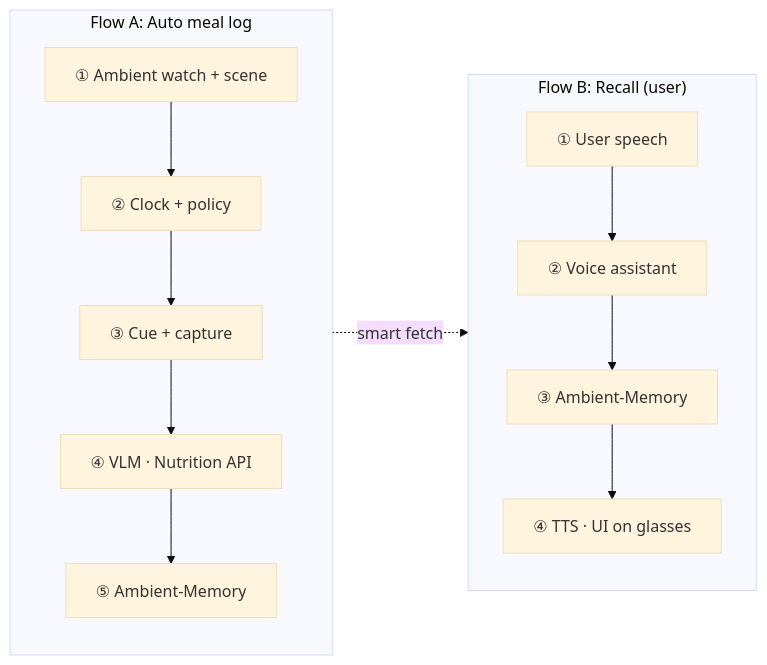
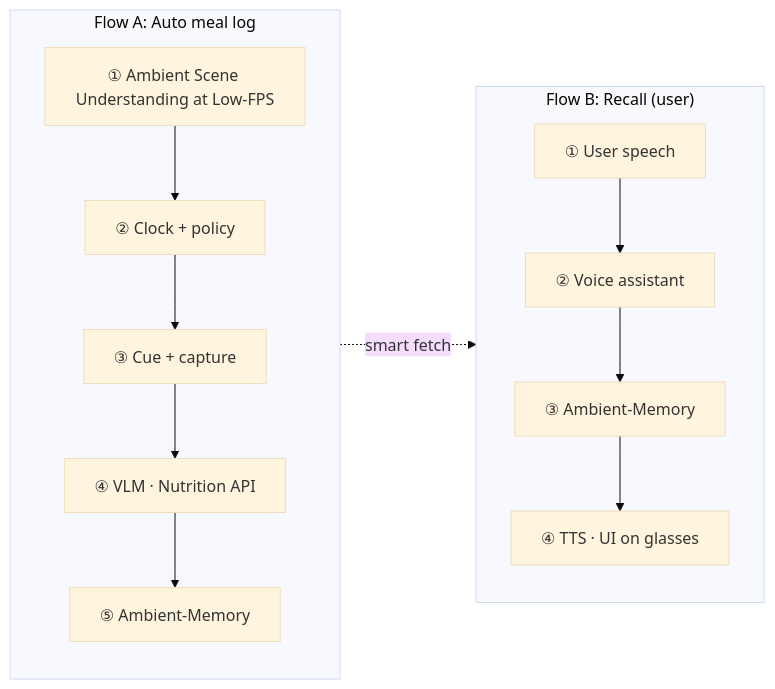
The third of 3 diagrams in tmp/idea3.md (penkesiva/wer-26), drawn with Mermaid (base theme) before and after one commit. The commit also changed other lines of this file and 2 other files, not shown here.

First line of the commit message:
docs(idea3): rename ambient watch to Ambient Scene Understanding

````diff
--- a/tmp/idea3.md
+++ b/tmp/idea3.md
@@ -140,19 +140,19 @@
 ```mermaid
 flowchart LR
     subgraph Mark["Flow A: Auto meal log"]
         direction TB
-        A1["① Ambient watch + scene"] --> A2["② Clock + policy"]
+        A1["① Ambient Scene Understanding at Low-FPS"] --> A2["② Clock + policy"]
         A2 --> A3["③ Cue + capture"]
         A3 --> A4["④ VLM · Nutrition API"]
         A4 --> A5["⑤ Ambient-Memory"]
     end
 
     subgraph Recall["Flow B: Recall (user)"]
         direction TB
         B1["① User speech"] --> B2["② Voice assistant"]
         B2 --> B3["③ Ambient-Memory"]
         B3 --> B4["④ TTS · UI on glasses"]
     end
 
     A5 -.->|smart fetch| B3
 ```
````
